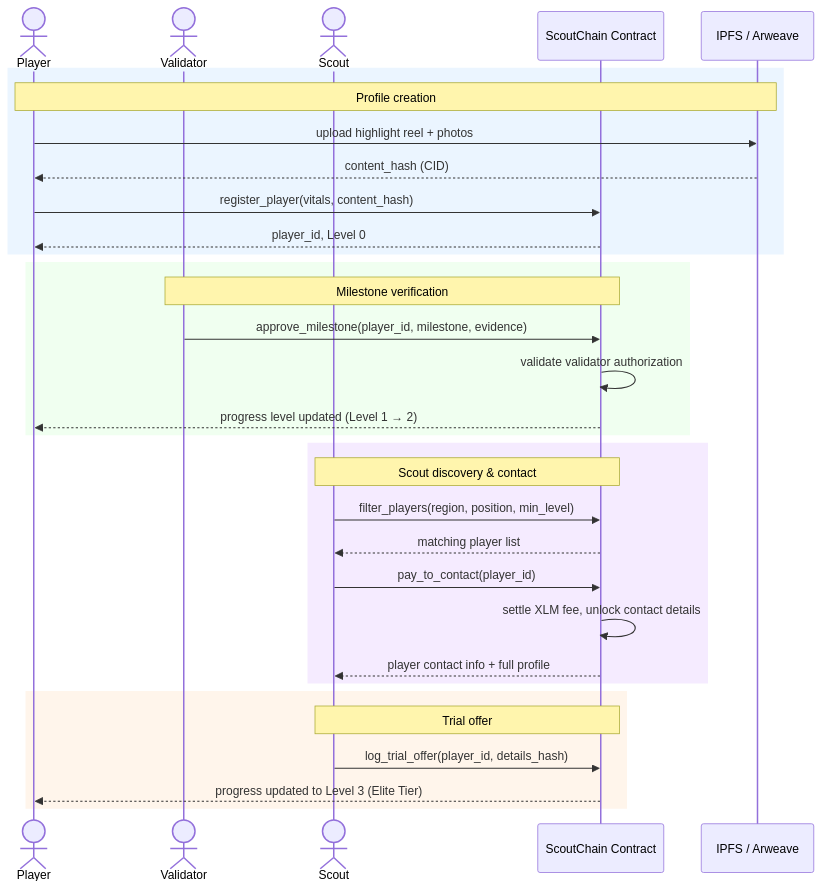
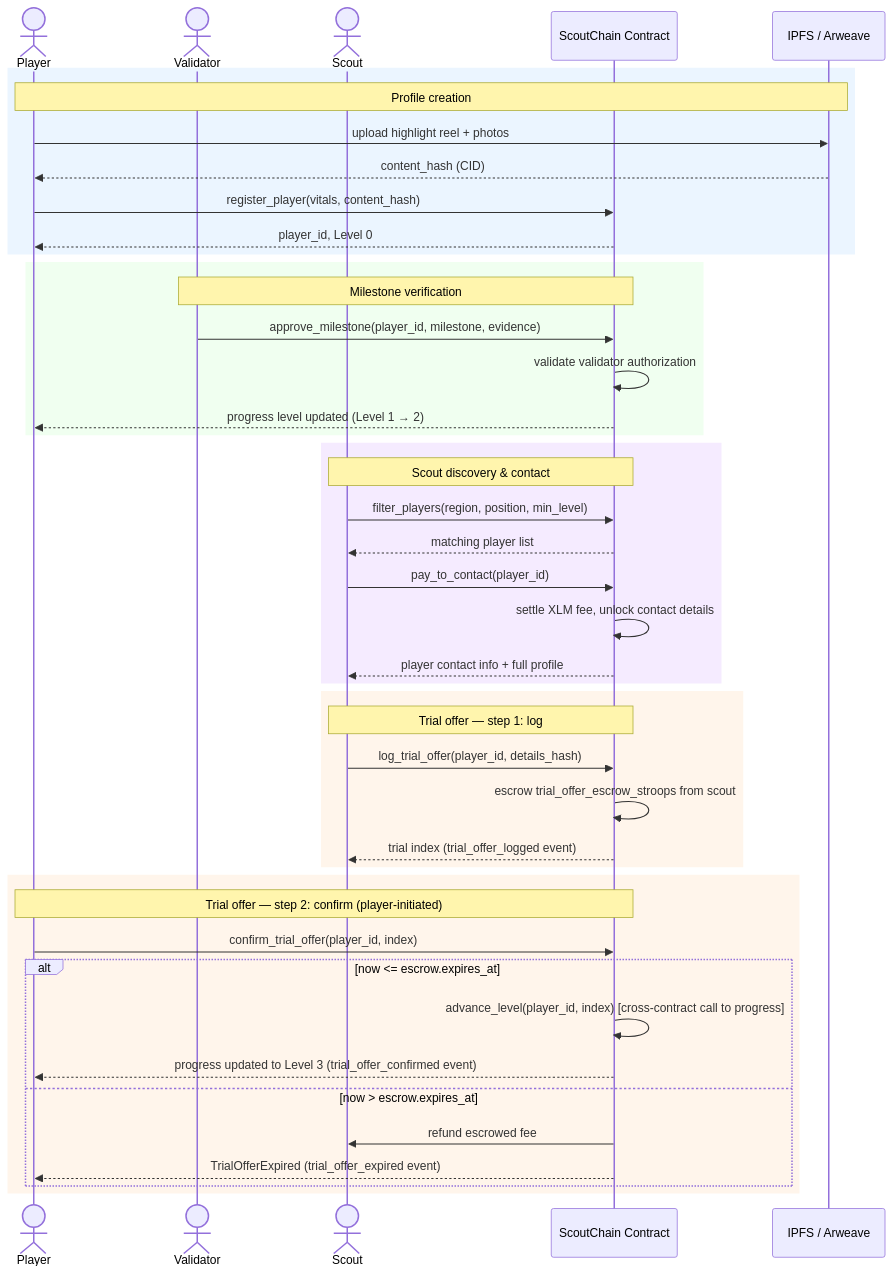
One commit to DARAKU17/scout-off-contracts changed the second of 2 diagrams in README.md. Above: the diagram before and after it, drawn with Mermaid. The commit also changed other lines of this file and 3 other files, not shown here.

````diff
--- a/README.md
+++ b/README.md
@@ -189,38 +190,51 @@
 ```mermaid
 sequenceDiagram
     actor Player
     actor Validator
     actor Scout
     participant Contract as ScoutChain Contract
     participant Storage as IPFS / Arweave
 
     rect rgb(235, 245, 255)
         Note over Player,Storage: Profile creation
         Player->>Storage: upload highlight reel + photos
         Storage-->>Player: content_hash (CID)
         Player->>Contract: register_player(vitals, content_hash)
         Contract-->>Player: player_id, Level 0
     end
 
     rect rgb(240, 255, 240)
         Note over Validator,Contract: Milestone verification
         Validator->>Contract: approve_milestone(player_id, milestone, evidence)
         Contract->>Contract: validate validator authorization
         Contract-->>Player: progress level updated (Level 1 → 2)
     end
 
     rect rgb(245, 235, 255)
         Note over Scout,Contract: Scout discovery & contact
         Scout->>Contract: filter_players(region, position, min_level)
         Contract-->>Scout: matching player list
         Scout->>Contract: pay_to_contact(player_id)
         Contract->>Contract: settle XLM fee, unlock contact details
         Contract-->>Scout: player contact info + full profile
     end
 
     rect rgb(255, 245, 235)
-        Note over Scout,Contract: Trial offer
+        Note over Scout,Contract: Trial offer — step 1: log
         Scout->>Contract: log_trial_offer(player_id, details_hash)
-        Contract-->>Player: progress updated to Level 3 (Elite Tier)
+        Contract->>Contract: escrow trial_offer_escrow_stroops from scout
+        Contract-->>Scout: trial index (trial_offer_logged event)
+    end
+
+    rect rgb(255, 245, 235)
+        Note over Player,Contract: Trial offer — step 2: confirm (player-initiated)
+        Player->>Contract: confirm_trial_offer(player_id, index)
+        alt now <= escrow.expires_at
+            Contract->>Contract: advance_level(player_id, index) [cross-contract call to progress]
+            Contract-->>Player: progress updated to Level 3 (trial_offer_confirmed event)
+        else now > escrow.expires_at
+            Contract->>Scout: refund escrowed fee
+            Contract-->>Player: TrialOfferExpired (trial_offer_expired event)
+        end
     end
 ```
````
